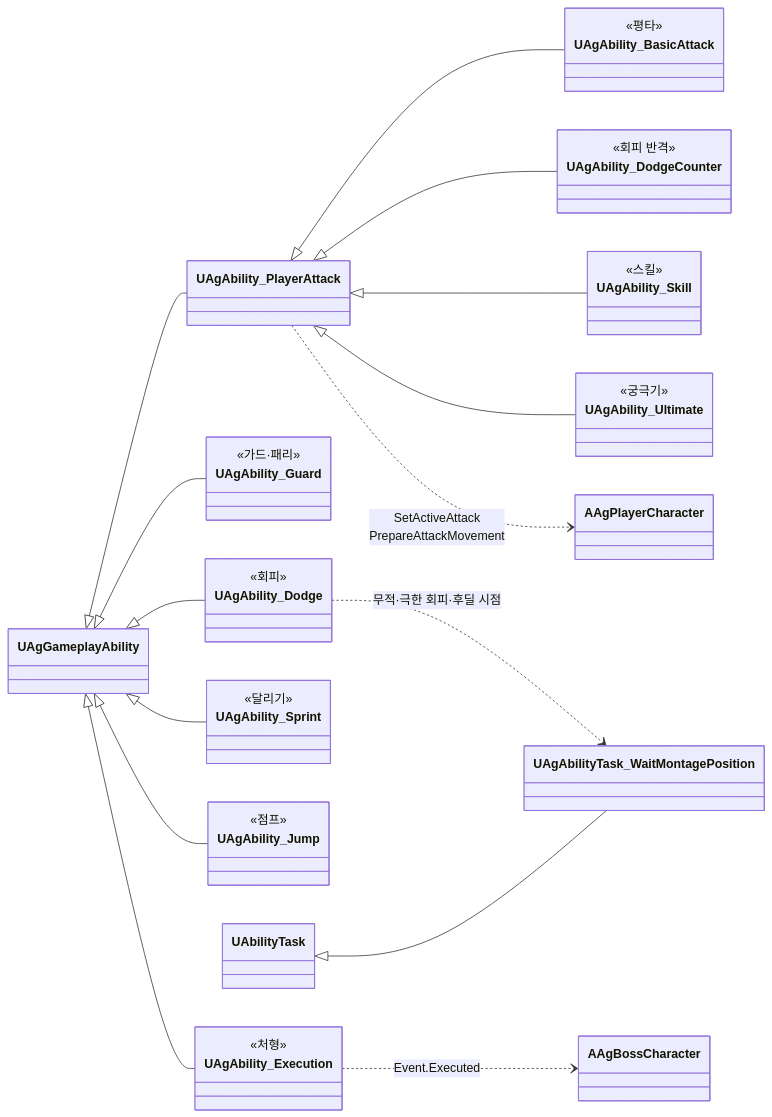
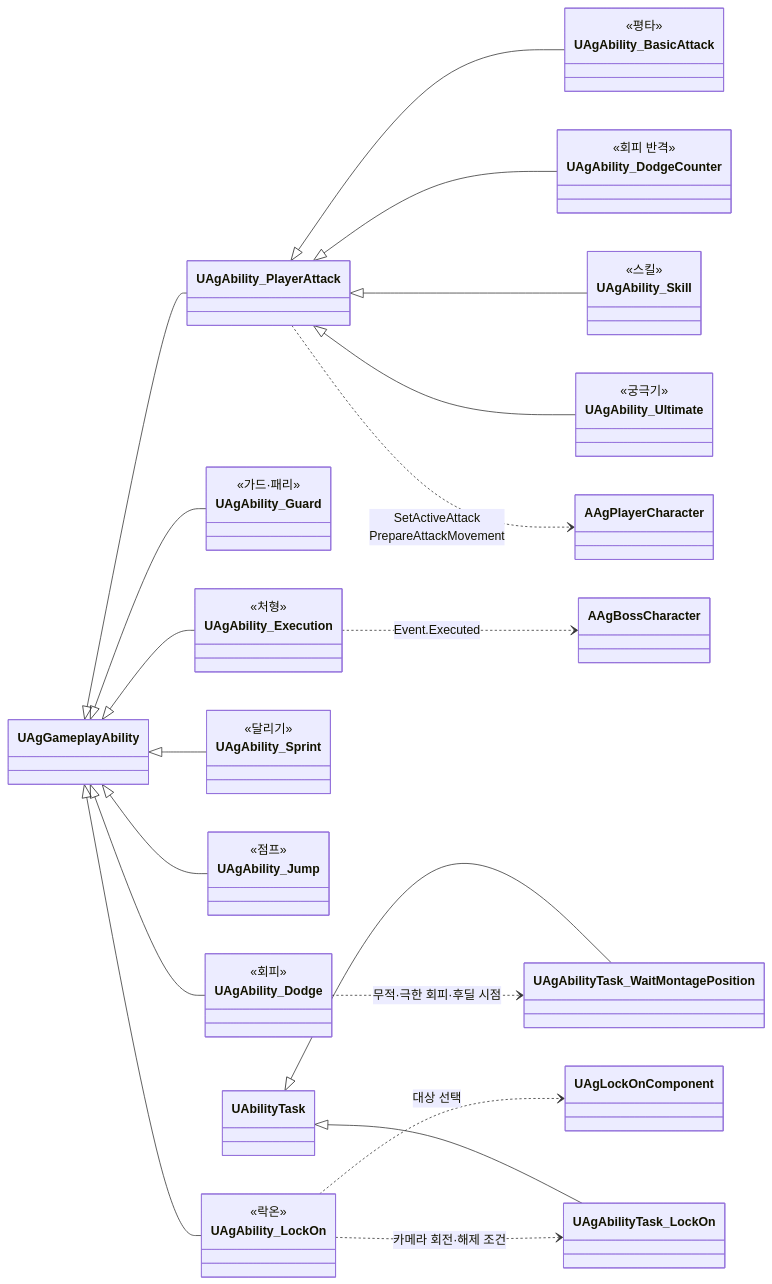
The fourth of 19 diagrams in Docs/Program/클래스 구조도.md (Woogl/Ag), drawn with Mermaid before and after one commit. The commit also changed other lines of this file and 1 other file, not shown here.

Commit message:
구현 계획서: 락온은 어빌리티로, 카메라 회전은 어빌리티 태스크로 ('락온')
- 락온 키는 락온 어빌리티를 시작하고, 실행 중이면 게임플레이 이벤트로 끝냅니다. 행동 상태의
  제한과 선입력을 거치지 않고, 다른 어빌리티가 취소하지 않습니다.
- 락온 컴포넌트는 대상 선택, 해제 조건 검사, 락온 중의 대상만 맡습니다.
- 락온 어빌리티 태스크(UAgAbilityTask_LockOn)가 락온 중 매 프레임 카메라를 돌리고(임계 감쇠
  스프링, 최대 속도), 해제 조건이 되면 끝납니다. 회전은 히트스톱과 관계없이 월드 시간으로 돕니다.
- 클래스 표, 구현 대응 표, 클래스 구조도의 '플레이어 행동' 그림과 '입력에서 행동까지'를 맞췄습니다.
- '락온' 행의 락온 본 위치는 데이터 위치표(38edd0f)대로 DA_Boss로 적었습니다.

````diff
--- a/Docs/Program/클래스 구조도.md
+++ b/Docs/Program/클래스 구조도.md
@@ -128,46 +128,53 @@
 ```mermaid
 classDiagram
     direction LR
     class UAgAbility_BasicAttack {
         <<평타>>
     }
     class UAgAbility_DodgeCounter {
         <<회피 반격>>
     }
     class UAgAbility_Skill {
         <<스킬>>
     }
     class UAgAbility_Ultimate {
         <<궁극기>>
     }
     class UAgAbility_Dodge {
         <<회피>>
     }
     class UAgAbility_Guard {
         <<가드·패리>>
     }
     class UAgAbility_Execution {
         <<처형>>
     }
     class UAgAbility_Sprint {
         <<달리기>>
     }
     class UAgAbility_Jump {
         <<점프>>
     }
+    class UAgAbility_LockOn {
+        <<락온>>
+    }
     UAgGameplayAbility <|-- UAgAbility_PlayerAttack
     UAgAbility_PlayerAttack <|-- UAgAbility_BasicAttack
     UAgAbility_PlayerAttack <|-- UAgAbility_DodgeCounter
     UAgAbility_PlayerAttack <|-- UAgAbility_Skill
     UAgAbility_PlayerAttack <|-- UAgAbility_Ultimate
     UAgGameplayAbility <|-- UAgAbility_Dodge
     UAgGameplayAbility <|-- UAgAbility_Guard
     UAgGameplayAbility <|-- UAgAbility_Execution
     UAgGameplayAbility <|-- UAgAbility_Sprint
     UAgGameplayAbility <|-- UAgAbility_Jump
+    UAgGameplayAbility <|-- UAgAbility_LockOn
 
     UAgAbility_PlayerAttack ..> AAgPlayerCharacter : SetActiveAttack<br>PrepareAttackMovement
     UAgAbility_Dodge ..> UAgAbilityTask_WaitMontagePosition : 무적·극한 회피·후딜 시점
     UAgAbility_Execution ..> AAgBossCharacter : Event.Executed
+    UAgAbility_LockOn ..> UAgLockOnComponent : 대상 선택
+    UAgAbility_LockOn ..> UAgAbilityTask_LockOn : 카메라 회전·해제 조건
     UAbilityTask <|-- UAgAbilityTask_WaitMontagePosition
+    UAbilityTask <|-- UAgAbilityTask_LockOn
 ```
````
